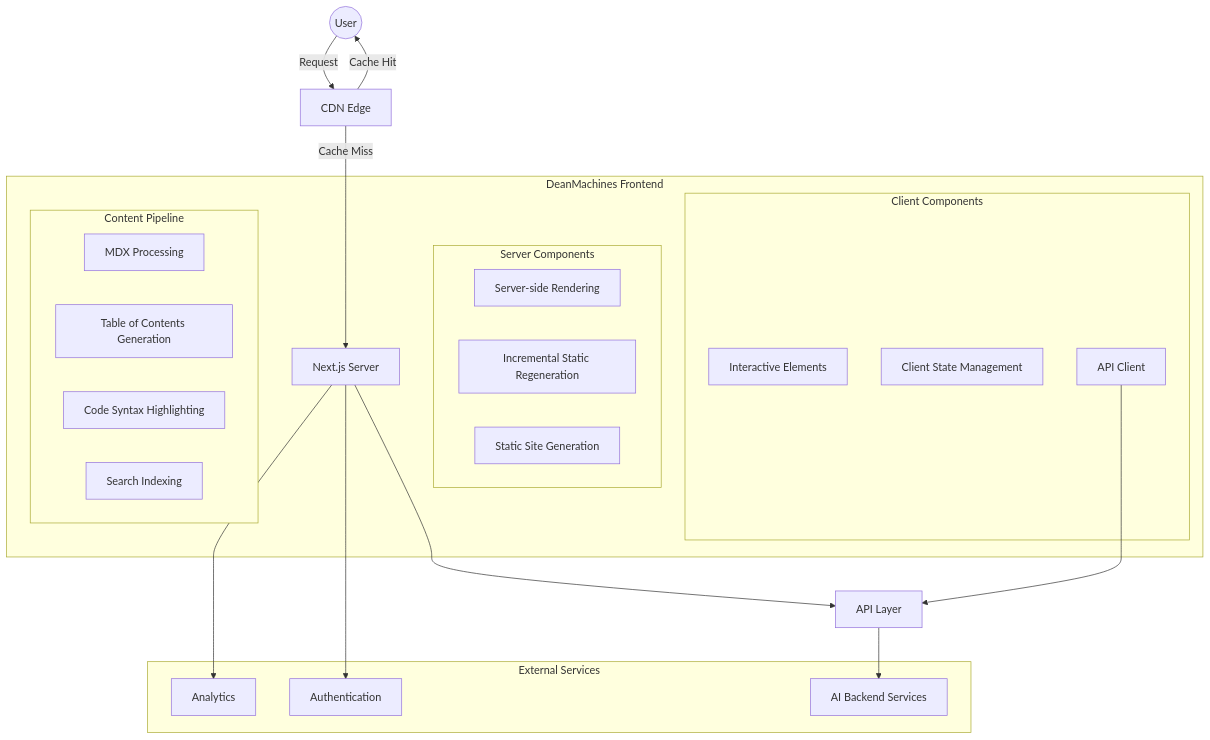
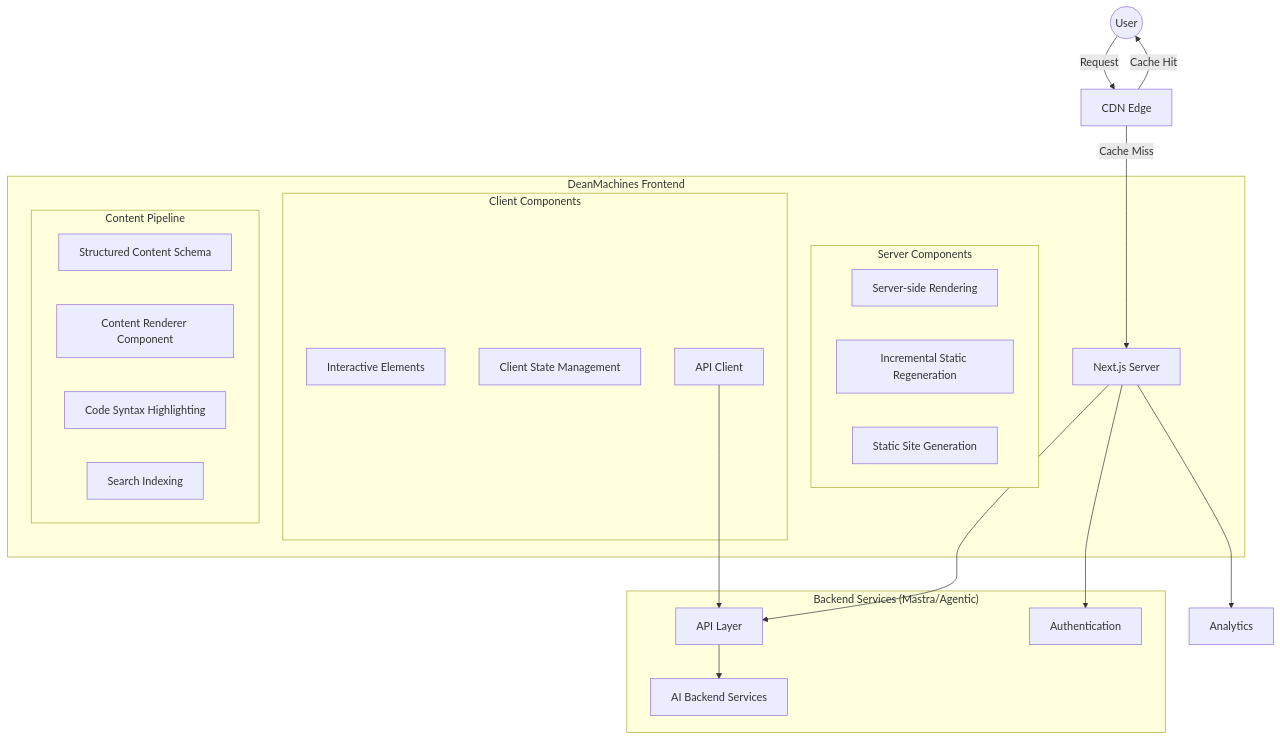
Before and after one commit to ssdeanx/deanmachines-front: the second of 5 diagrams in README.md, drawn with Mermaid. The commit also changed other lines of this file and 26 other files, not shown here.

````diff
--- a/README.md
+++ b/README.md
@@ -177,46 +177,44 @@
 ```mermaid
 flowchart TB
     User((User))
     CDN[CDN Edge]
     NextServer[Next.js Server]
     APIL[API Layer]
 
     User -->|Request| CDN
     CDN -->|Cache Hit| User
     CDN -->|Cache Miss| NextServer
 
     subgraph "DeanMachines Frontend"
         NextServer
 
         subgraph "Server Components"
             SSR[Server-side Rendering]
             ISR[Incremental Static Regeneration]
             SSG[Static Site Generation]
         end
 
         subgraph "Client Components"
             Interactivity[Interactive Elements]
             ClientState[Client State Management]
             ClientSideAPI[API Client]
         end
 
         subgraph "Content Pipeline"
-            MDX[MDX Processing]
-            TOC[Table of Contents Generation]
+            ContentSchema[Structured Content Schema]
+            ContentRenderer[Content Renderer Component]
             CodeHighlighting[Code Syntax Highlighting]
             SearchIndex[Search Indexing]
         end
     end
 
-    subgraph "External Services"
-        Analytics[Analytics]
+    subgraph "Backend Services (Mastra/Agentic)"
+        APIL --> AIBackend[AI Backend Services]
         Auth[Authentication]
-        AIBackend[AI Backend Services]
     end
 
     NextServer --> APIL
-    APIL --> AIBackend
     NextServer --> Auth
     ClientSideAPI --> APIL
-    NextServer --> Analytics
+    NextServer --> Analytics[Analytics]
 ```
````
